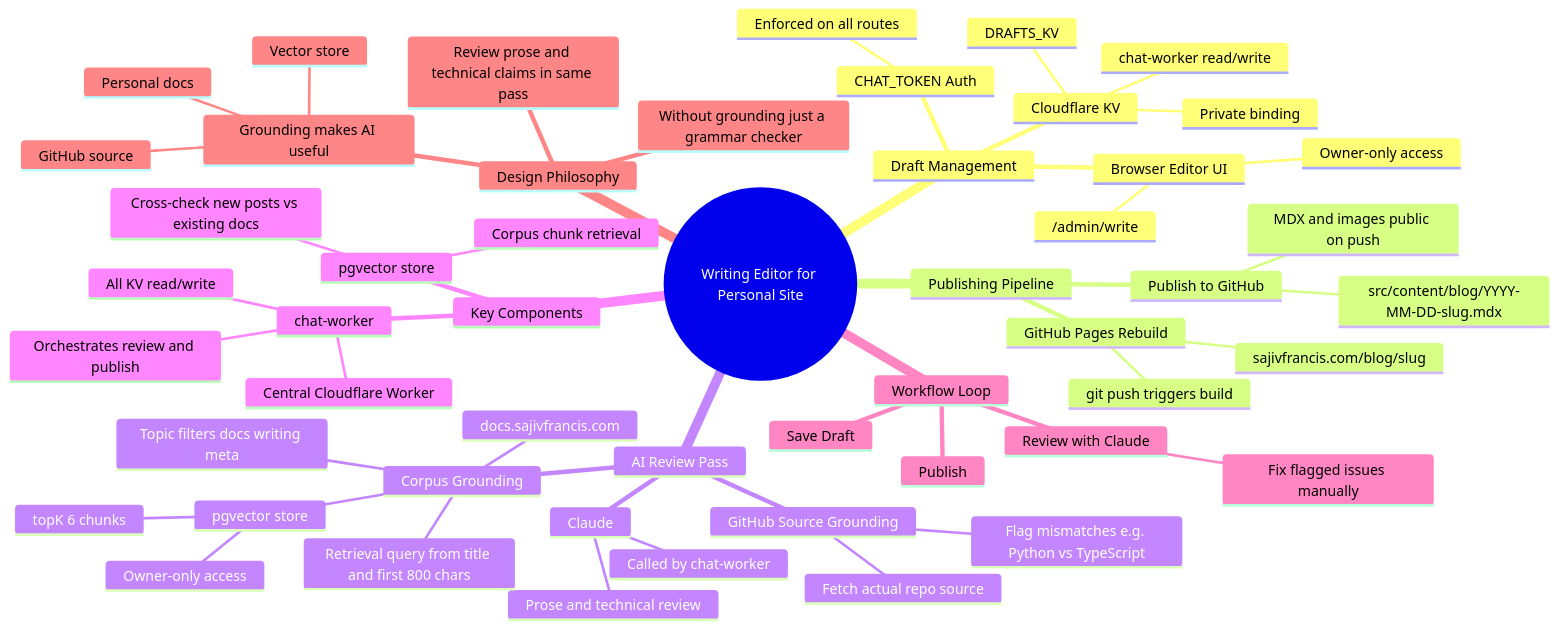
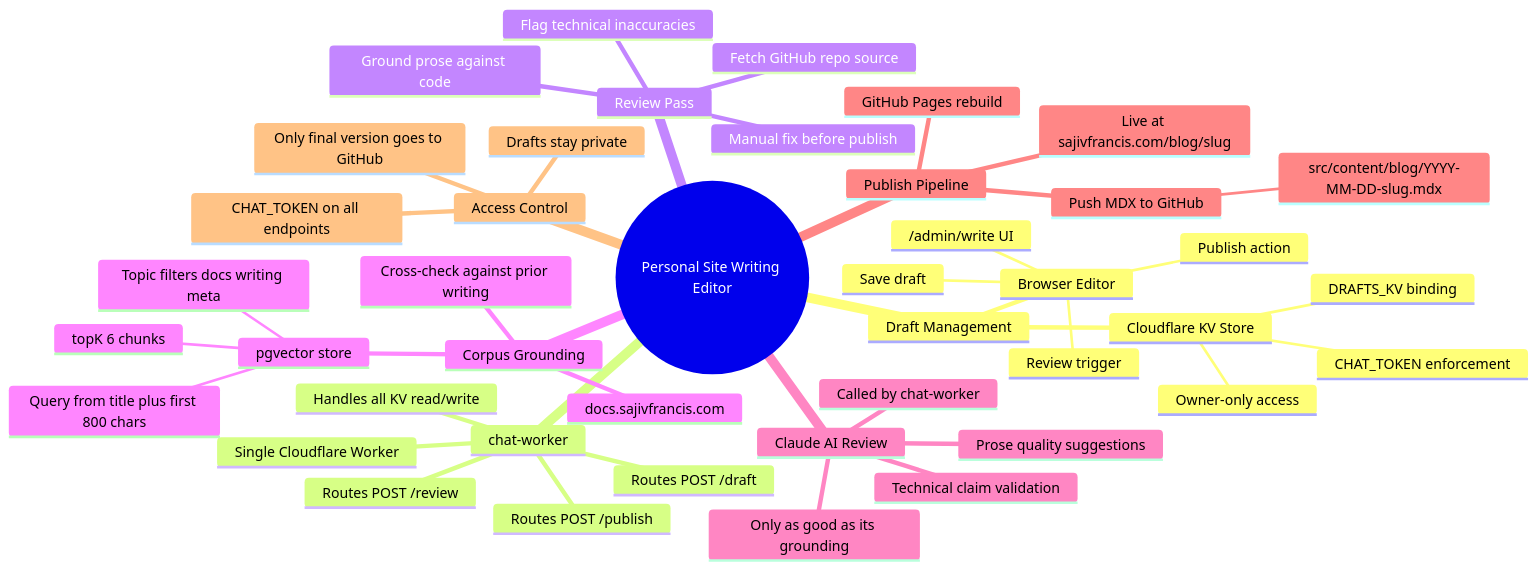
One commit to sfrancis2017/sajivfrancis.github.io changed the second of 3 diagrams in src/content/blog/2026-05-16-writing-editor.mdx. Above: the diagram before and after it, drawn with Mermaid.

Commit message:
Add post: I built a writing editor for my personal site this weekend

````diff
--- a/src/content/blog/2026-05-16-writing-editor.mdx
+++ b/src/content/blog/2026-05-16-writing-editor.mdx
@@ -29,56 +29,46 @@
 ```mermaid
-
 mindmap
-  root((Writing Editor for Personal Site))
+  root((Personal Site Writing Editor))
     Draft Management
-      Browser Editor UI
-        /admin/write
+      Cloudflare KV Store
+        DRAFTS_KV binding
         Owner-only access
-      Cloudflare KV
-        DRAFTS_KV
-        Private binding
-        chat-worker read/write
-      CHAT_TOKEN Auth
-        Enforced on all routes
-    Publishing Pipeline
-      Publish to GitHub
+        CHAT_TOKEN enforcement
+      Browser Editor
+        /admin/write UI
+        Save draft
+        Review trigger
+        Publish action
+    chat-worker
+      Handles all KV read/write
+      Single Cloudflare Worker
+      Routes POST /draft
+      Routes POST /review
+      Routes POST /publish
+    Review Pass
+      Fetch GitHub repo source
+      Ground prose against code
+      Flag technical inaccuracies
+      Manual fix before publish
+    Corpus Grounding
+      pgvector store
+        topK 6 chunks
+        Topic filters docs writing meta
+        Query from title plus first 800 chars
+      docs.sajivfrancis.com
+      Cross-check against prior writing
+    Claude AI Review
+      Prose quality suggestions
+      Technical claim validation
+      Called by chat-worker
+      Only as good as its grounding
+    Publish Pipeline
+      Push MDX to GitHub
         src/content/blog/YYYY-MM-DD-slug.mdx
-        MDX and images public on push
-      GitHub Pages Rebuild
-        git push triggers build
-        sajivfrancis.com/blog/slug
-    AI Review Pass
-      Claude
-        Prose and technical review
-        Called by chat-worker
-      GitHub Source Grounding
-        Fetch actual repo source
-        Flag mismatches e.g. Python vs TypeScript
-      Corpus Grounding
-        pgvector store
-          topK 6 chunks
-          Owner-only access
-        docs.sajivfrancis.com
-        Retrieval query from title and first 800 chars
-        Topic filters docs writing meta
-    Key Components
-      chat-worker
-        Central Cloudflare Worker
-        All KV read/write
-        Orchestrates review and publish
-      pgvector store
-        Corpus chunk retrieval
-        Cross-check new posts vs existing docs
-    Workflow Loop
-      Save Draft
-      Review with Claude
-        Fix flagged issues manually
-      Publish
-    Design Philosophy
-      Grounding makes AI useful
-        GitHub source
-        Personal docs
-        Vector store
-      Without grounding just a grammar checker
-      Review prose and technical claims in same pass
+      GitHub Pages rebuild
+      Live at sajivfrancis.com/blog/slug
+    Access Control
+      CHAT_TOKEN on all endpoints
+      Drafts stay private
+      Only final version goes to GitHub
 ``` 
````
